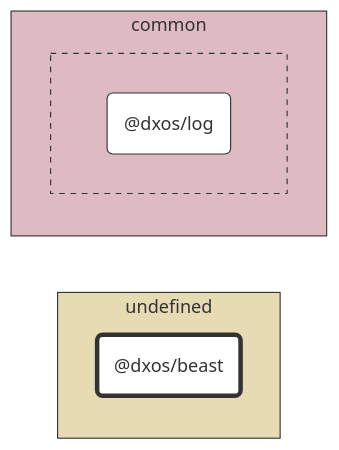
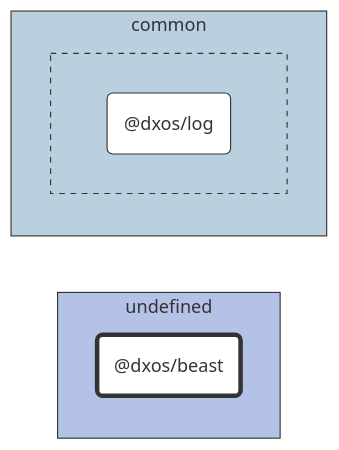
Before and after one commit to dxos/dxos: the diagram in tools/beast/docs/README.md, drawn with Mermaid. The commit also changed 86 other files, not shown here.

````diff
--- a/tools/beast/docs/README.md
+++ b/tools/beast/docs/README.md
@@ -7,30 +7,30 @@
 ```mermaid
 %%{ init: {'flowchart':{'curve':'basis'}} }%%
 
 flowchart LR
 
 %% Classes
 classDef def fill:#fff,stroke:#333,stroke-width:1px
 classDef root fill:#fff,stroke:#333,stroke-width:4px
 
 %% Nodes
 
 subgraph undefined [undefined]
-  style undefined fill:#e6dbb3,stroke:#333
+  style undefined fill:#b3c2e6,stroke:#333
   dxos/beast("@dxos/beast"):::root
   click dxos/beast "dxos/dxos/tree/main/tools/beast/docs"
 end
 
 subgraph common [common]
-  style common fill:#debac2,stroke:#333
+  style common fill:#bad0de,stroke:#333
 
   subgraph _ [ ]
-    style _ fill:#debac2,stroke:#333,stroke-dasharray:5 5
+    style _ fill:#bad0de,stroke:#333,stroke-dasharray:5 5
     dxos/log("@dxos/log"):::def
     click dxos/log "dxos/dxos/tree/main/packages/common/log/docs"
   end
 end
 
 %% Links
 linkStyle default stroke:#333,stroke-width:1px
 ```
````
